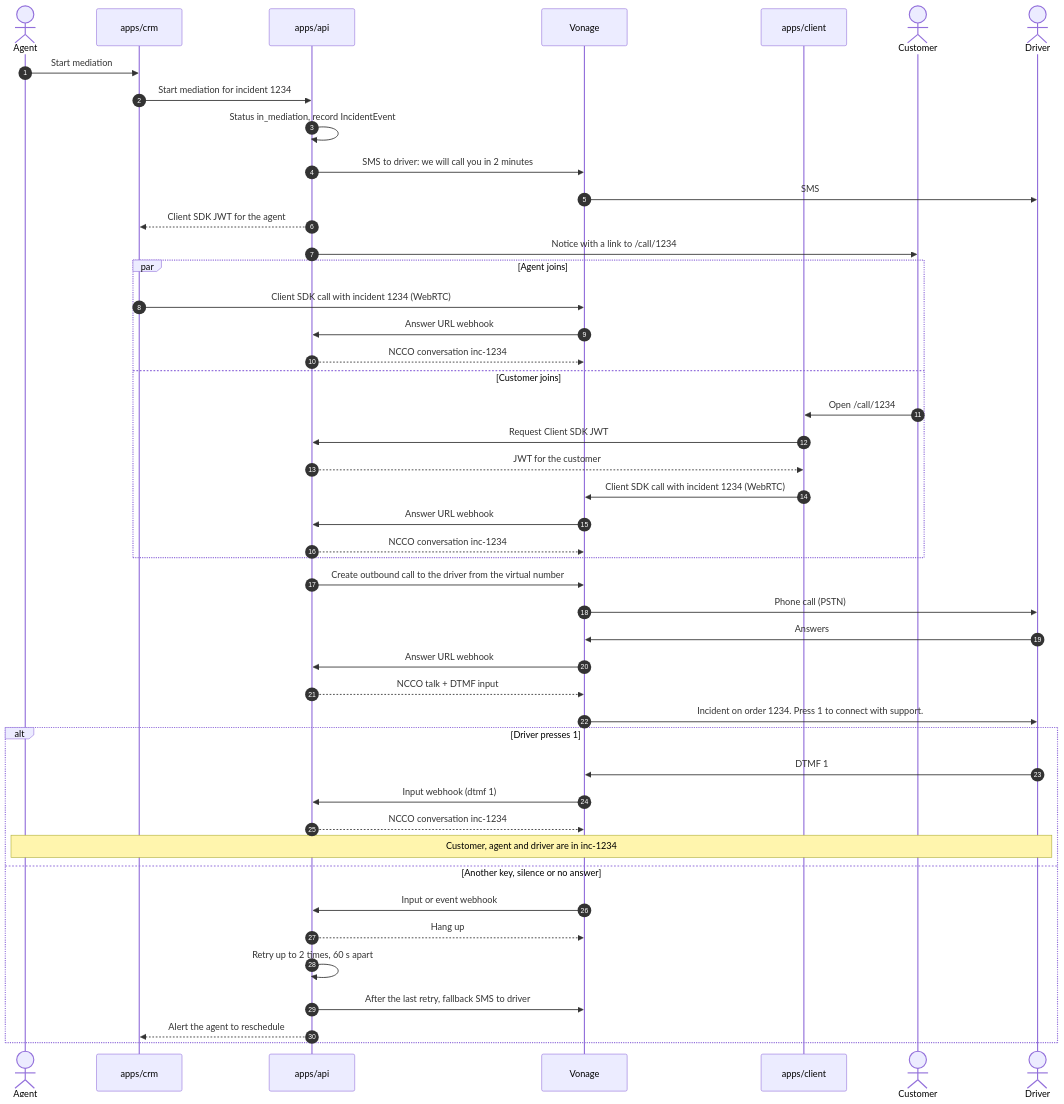
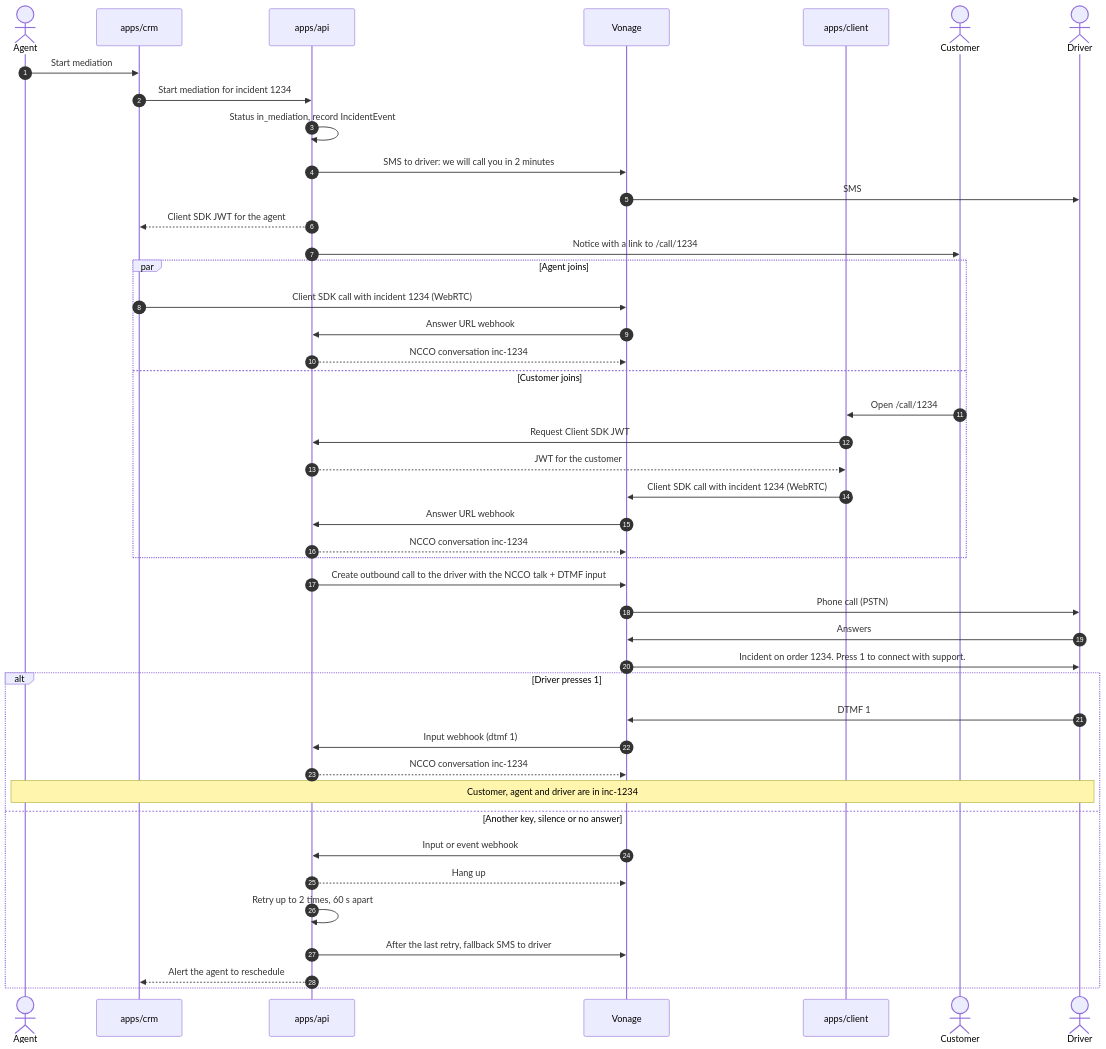
The diagram in docs/architecture/vonage.md (femCodersClub-vonage-program/customer-support-logistics), drawn with Mermaid before and after one commit. The commit also changed other lines of this file, not shown here.

````diff
--- a/docs/architecture/vonage.md
+++ b/docs/architecture/vonage.md
@@ -61,52 +61,50 @@
 ```mermaid
 sequenceDiagram
   autonumber
   actor Agent
   participant CRM as apps/crm
   participant API as apps/api
   participant Vonage as Vonage
   participant Client as apps/client
   actor Customer
   actor Driver
 
   Agent->>CRM: Start mediation
   CRM->>API: Start mediation for incident 1234
   API->>API: Status in_mediation, record IncidentEvent
   API->>Vonage: SMS to driver: we will call you in 2 minutes
   Vonage->>Driver: SMS
   API-->>CRM: Client SDK JWT for the agent
   API->>Customer: Notice with a link to /call/1234
 
   par Agent joins
     CRM->>Vonage: Client SDK call with incident 1234 (WebRTC)
     Vonage->>API: Answer URL webhook
     API-->>Vonage: NCCO conversation inc-1234
   and Customer joins
     Customer->>Client: Open /call/1234
     Client->>API: Request Client SDK JWT
     API-->>Client: JWT for the customer
     Client->>Vonage: Client SDK call with incident 1234 (WebRTC)
     Vonage->>API: Answer URL webhook
     API-->>Vonage: NCCO conversation inc-1234
   end
 
-  API->>Vonage: Create outbound call to the driver from the virtual number
+  API->>Vonage: Create outbound call to the driver with the NCCO talk + DTMF input
   Vonage->>Driver: Phone call (PSTN)
   Driver->>Vonage: Answers
-  Vonage->>API: Answer URL webhook
-  API-->>Vonage: NCCO talk + DTMF input
   Vonage->>Driver: Incident on order 1234. Press 1 to connect with support.
 
   alt Driver presses 1
     Driver->>Vonage: DTMF 1
     Vonage->>API: Input webhook (dtmf 1)
     API-->>Vonage: NCCO conversation inc-1234
     Note over Agent,Driver: Customer, agent and driver are in inc-1234
   else Another key, silence or no answer
     Vonage->>API: Input or event webhook
     API-->>Vonage: Hang up
     API->>API: Retry up to 2 times, 60 s apart
     API->>Vonage: After the last retry, fallback SMS to driver
     API-->>CRM: Alert the agent to reschedule
   end
 ```
````
